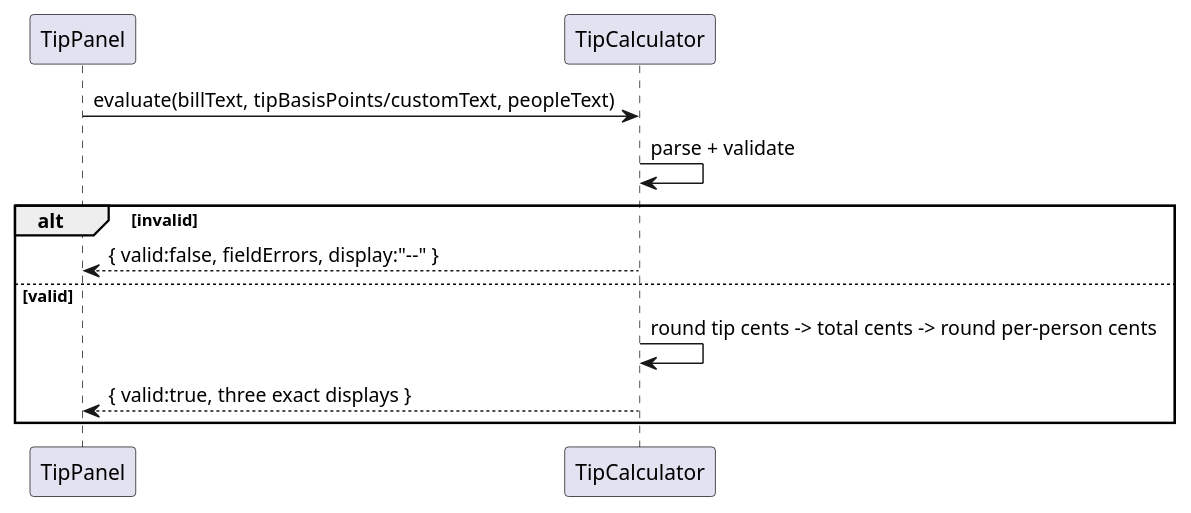
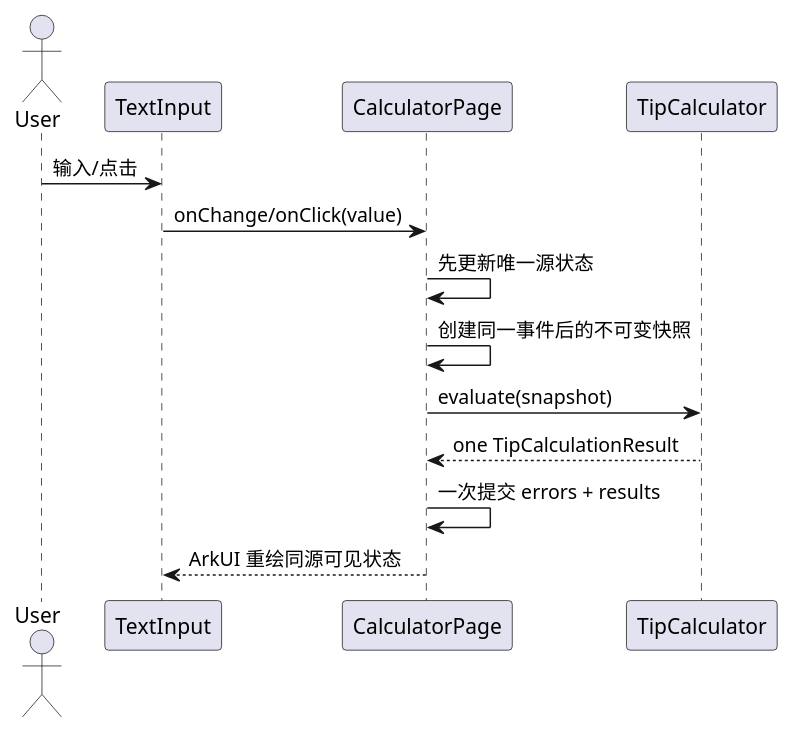
Before and after one commit to calculatorHuawei/agent_workflow: the second of 3 diagrams in specs/changes/20261024-bugfix-tip-calculator/delta-design.md, drawn with PlantUML. The commit also changed other lines of this file and 13 other files, not shown here.

Commit message:
fix(tip): synchronize visible inputs with results

````diff
--- a/specs/changes/20261024-bugfix-tip-calculator/delta-design.md
+++ b/specs/changes/20261024-bugfix-tip-calculator/delta-design.md
@@ -131,14 +96,16 @@
 ```plantuml
 @startuml
-participant TipPanel
+actor User
+participant TextInput
+participant CalculatorPage
 participant TipCalculator
-TipPanel -> TipCalculator : evaluate(billText, tipBasisPoints/customText, peopleText)
-TipCalculator -> TipCalculator : parse + validate
-alt invalid
-  TipCalculator --> TipPanel : { valid:false, fieldErrors, display:"--" }
-else valid
-  TipCalculator -> TipCalculator : round tip cents -> total cents -> round per-person cents
-  TipCalculator --> TipPanel : { valid:true, three exact displays }
-end
+User -> TextInput : 输入/点击
+TextInput -> CalculatorPage : onChange/onClick(value)
+CalculatorPage -> CalculatorPage : 先更新唯一源状态
+CalculatorPage -> CalculatorPage : 创建同一事件后的不可变快照
+CalculatorPage -> TipCalculator : evaluate(snapshot)
+TipCalculator --> CalculatorPage : one TipCalculationResult
+CalculatorPage -> CalculatorPage : 一次提交 errors + results
+CalculatorPage --> TextInput : ArkUI 重绘同源可见状态
 @enduml
 ```
````
